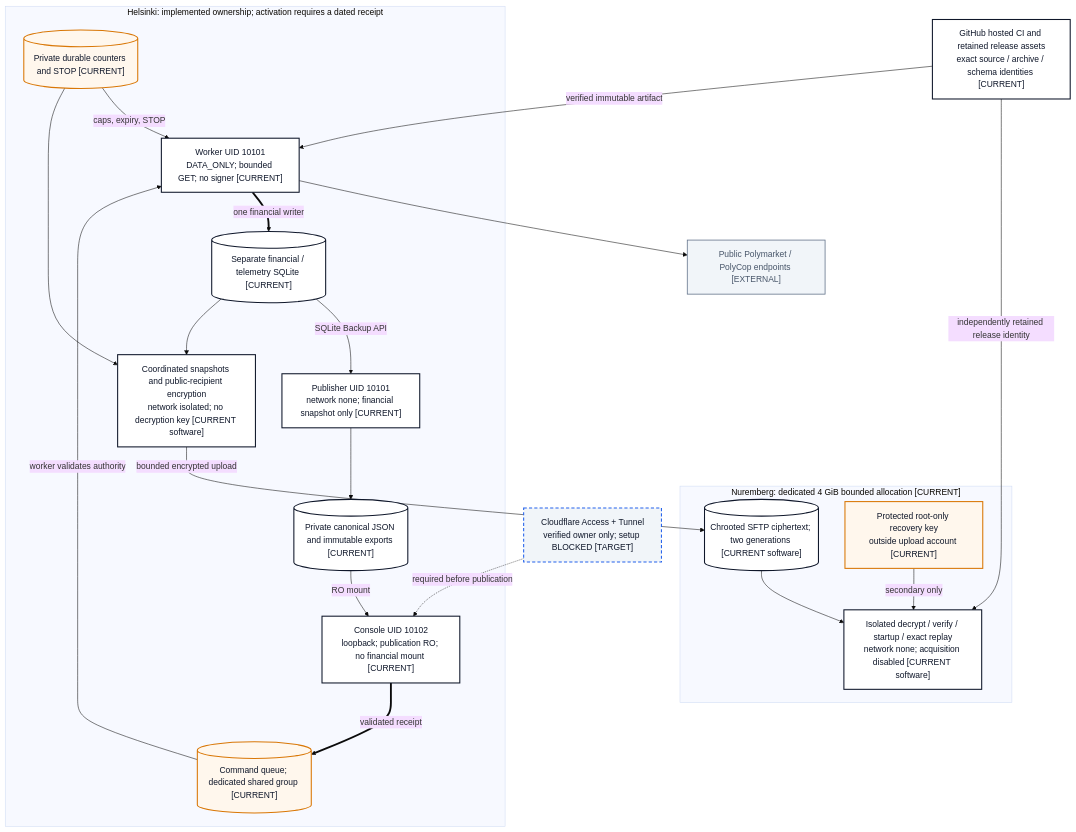
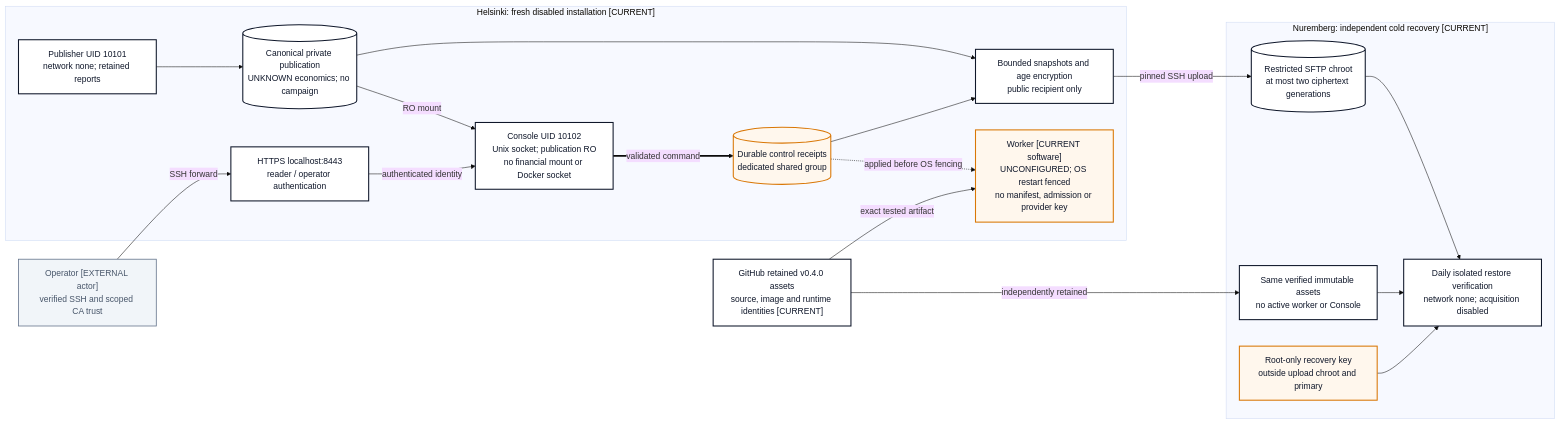
Before and after one commit to PolySia-Systems/Platform: the diagram in docs/04-architecture/visual-system/views/13-current-deployment-view.md, drawn with Mermaid (base theme). The commit also changed other lines of this file and 31 other files, not shown here.

Commit message:
docs(operations): record SDK release and fresh disabled installation (#201)

````diff
--- a/docs/04-architecture/visual-system/views/13-current-deployment-view.md
+++ b/docs/04-architecture/visual-system/views/13-current-deployment-view.md
@@ -15,41 +15,37 @@
 ```mermaid
-flowchart TB
-  CI["GitHub hosted CI and retained release assets\nexact source / archive / schema identities [CURRENT]"]:::current
-  API["Public Polymarket / PolyCop endpoints [EXTERNAL]"]:::external
-  Access["Cloudflare Access + Tunnel\nverified owner only; setup BLOCKED [TARGET]"]:::target
-  subgraph PRIMARY["Helsinki: implemented ownership; activation requires a dated receipt"]
-    Worker["Worker UID 10101\nDATA_ONLY; bounded GET; no signer [CURRENT]"]:::current
-    Authority[("Private durable counters and STOP [CURRENT]")]:::risk
-    Financial[("Separate financial / telemetry SQLite [CURRENT]")]:::current
-    Publisher["Publisher UID 10101\nnetwork none; financial snapshot only [CURRENT]"]:::current
-    Published[("Private canonical JSON and immutable exports [CURRENT]")]:::current
-    Queue[("Command queue; dedicated shared group [CURRENT]")]:::risk
-    Web["Console UID 10102\nloopback; publication RO; no financial mount [CURRENT]"]:::current
-    Backup["Coordinated snapshots and public-recipient encryption\nnetwork isolated; no decryption key [CURRENT software]"]:::current
+flowchart LR
+  CI["GitHub retained v0.4.0 assets<br/>source, image and runtime identities [CURRENT]"]:::current
+  Owner["Operator [EXTERNAL actor]<br/>verified SSH and scoped CA trust"]:::external
+  subgraph PRIMARY["Helsinki: fresh disabled installation [CURRENT]"]
+    Gateway["HTTPS localhost:8443<br/>reader / operator authentication"]:::current
+    Web["Console UID 10102<br/>Unix socket; publication RO<br/>no financial mount or Docker socket"]:::current
+    Publisher["Publisher UID 10101<br/>network none; retained reports"]:::current
+    Published[("Canonical private publication<br/>UNKNOWN economics; no campaign")]:::current
+    Queue[("Durable control receipts<br/>dedicated shared group")]:::risk
+    Worker["Worker [CURRENT software]<br/>UNCONFIGURED; OS restart fenced<br/>no manifest, admission or provider key"]:::risk
+    Backup["Bounded snapshots and age encryption<br/>public recipient only"]:::current
   end
-  subgraph SECONDARY["Nuremberg: dedicated 4 GiB bounded allocation [CURRENT]"]
-    Incoming[("Chrooted SFTP ciphertext; two generations [CURRENT software]")]:::current
-    Key["Protected root-only recovery key\noutside upload account [CURRENT]"]:::risk
-    Drill["Isolated decrypt / verify / startup / exact replay\nnetwork none; acquisition disabled [CURRENT software]"]:::current
+  subgraph SECONDARY["Nuremberg: independent cold recovery [CURRENT]"]
+    Cold["Same verified immutable assets<br/>no active worker or Console"]:::current
+    Incoming[("Restricted SFTP chroot<br/>at most two ciphertext generations")]:::current
+    Key["Root-only recovery key<br/>outside upload chroot and primary"]:::risk
+    Drill["Daily isolated restore verification<br/>network none; acquisition disabled"]:::current
   end
-  CI -->|verified immutable artifact| Worker
-  CI -->|independently retained release identity| Drill
-  Authority -->|caps, expiry, STOP| Worker
-  Worker --> API
-  Worker ==>|one financial writer| Financial
-  Financial -->|SQLite Backup API| Publisher
+  Owner -->|SSH forward| Gateway
+  Gateway -->|authenticated identity| Web
+  CI -->|exact tested artifact| Worker
+  CI -->|independently retained| Cold
   Publisher --> Published
   Published -->|RO mount| Web
-  Web ==>|validated receipt| Queue
-  Queue -->|worker validates authority| Worker
-  Access -.->|required before publication| Web
-  Authority --> Backup
-  Financial --> Backup
-  Backup -->|bounded encrypted upload| Incoming
+  Web ==>|validated command| Queue
+  Queue -.->|applied before OS fencing| Worker
+  Published --> Backup
+  Queue --> Backup
+  Backup -->|pinned SSH upload| Incoming
   Incoming --> Drill
-  Key -->|secondary only| Drill
+  Key --> Drill
+  Cold --> Drill
   classDef current fill:#FFFFFF,stroke:#0F172A,stroke-width:2px,color:#0F172A;
-  classDef target fill:#F1F5F9,stroke:#2563EB,stroke-width:2px,stroke-dasharray:6 4,color:#0F172A;
   classDef external fill:#F1F5F9,stroke:#64748B,stroke-width:1.5px,color:#475569;
   classDef risk fill:#FFF7ED,stroke:#D97706,stroke-width:2px,color:#0F172A;
 ```
````
